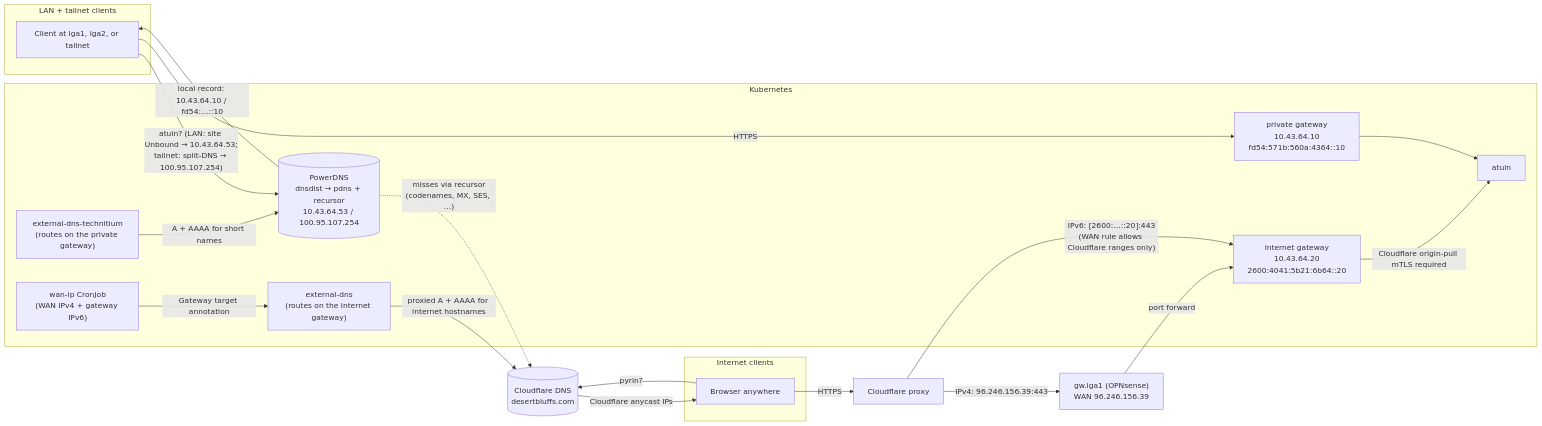
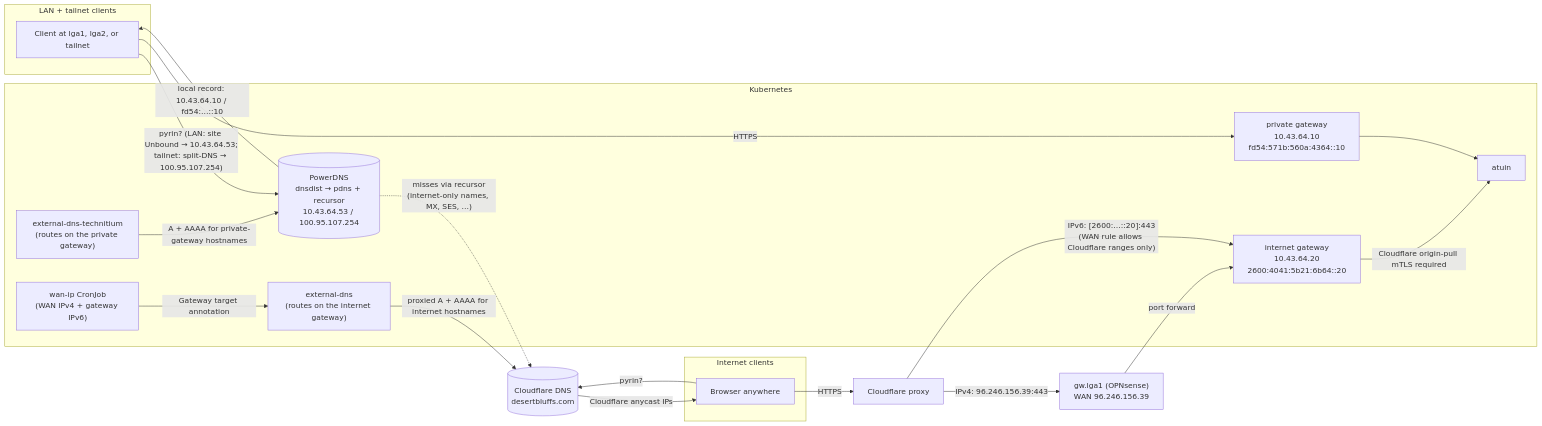
Before and after one commit to nlopez/homelab: the diagram in EXPOSURE.md, drawn with Mermaid. The commit also changed other lines of this file and 24 other files, not shown here.

First line of the commit message:
Use one codename hostname per app with split-horizon DNS

````diff
--- a/EXPOSURE.md
+++ b/EXPOSURE.md
@@ -45,42 +45,42 @@
 ```mermaid
 flowchart LR
   subgraph inside["LAN + tailnet clients"]
     lan["Client at lga1, lga2, or tailnet"]
   end
   subgraph outside["Internet clients"]
     web["Browser anywhere"]
   end
 
   subgraph k8s["Kubernetes"]
     edt["external-dns-technitium<br/>(routes on the private gateway)"]
     edc["external-dns<br/>(routes on the internet gateway)"]
     wanip["wan-ip CronJob<br/>(WAN IPv4 + gateway IPv6)"]
     priv["private gateway<br/>10.43.64.10<br/>fd54:571b:560a:4364::10"]
     inet["internet gateway<br/>10.43.64.20<br/>2600:4041:5b21:6b64::20"]
     app["atuin"]
     pdns[("PowerDNS<br/>dnsdist → pdns + recursor<br/>10.43.64.53 / 100.95.107.254")]
   end
 
   cfdns[("Cloudflare DNS<br/>desertbluffs.com")]
   edge["Cloudflare proxy"]
   gw["gw.lga1 (OPNsense)<br/>WAN 96.246.156.39"]
 
-  edt -- "A + AAAA for short names" --> pdns
+  edt -- "A + AAAA for private-gateway hostnames" --> pdns
   wanip -- "Gateway target annotation" --> edc
   edc -- "proxied A + AAAA for internet hostnames" --> cfdns
 
-  lan -- "atuin? (LAN: site Unbound → 10.43.64.53;<br/>tailnet: split-DNS → 100.95.107.254)" --> pdns
+  lan -- "pyrin? (LAN: site Unbound → 10.43.64.53;<br/>tailnet: split-DNS → 100.95.107.254)" --> pdns
   pdns -- "local record: 10.43.64.10 / fd54:…::10" --> lan
-  pdns -. "misses via recursor<br/>(codenames, MX, SES, …)" .-> cfdns
+  pdns -. "misses via recursor<br/>(internet-only names, MX, SES, …)" .-> cfdns
   lan -- "HTTPS" --> priv
 
   web -- "pyrin?" --> cfdns
   cfdns -- "Cloudflare anycast IPs" --> web
   web -- "HTTPS" --> edge
   edge -- "IPv4: 96.246.156.39:443" --> gw
   gw -- "port forward" --> inet
   edge -- "IPv6: [2600:…::20]:443<br/>(WAN rule allows Cloudflare ranges only)" --> inet
 
   priv --> app
   inet -- "Cloudflare origin-pull mTLS required" --> app
 ```
````
